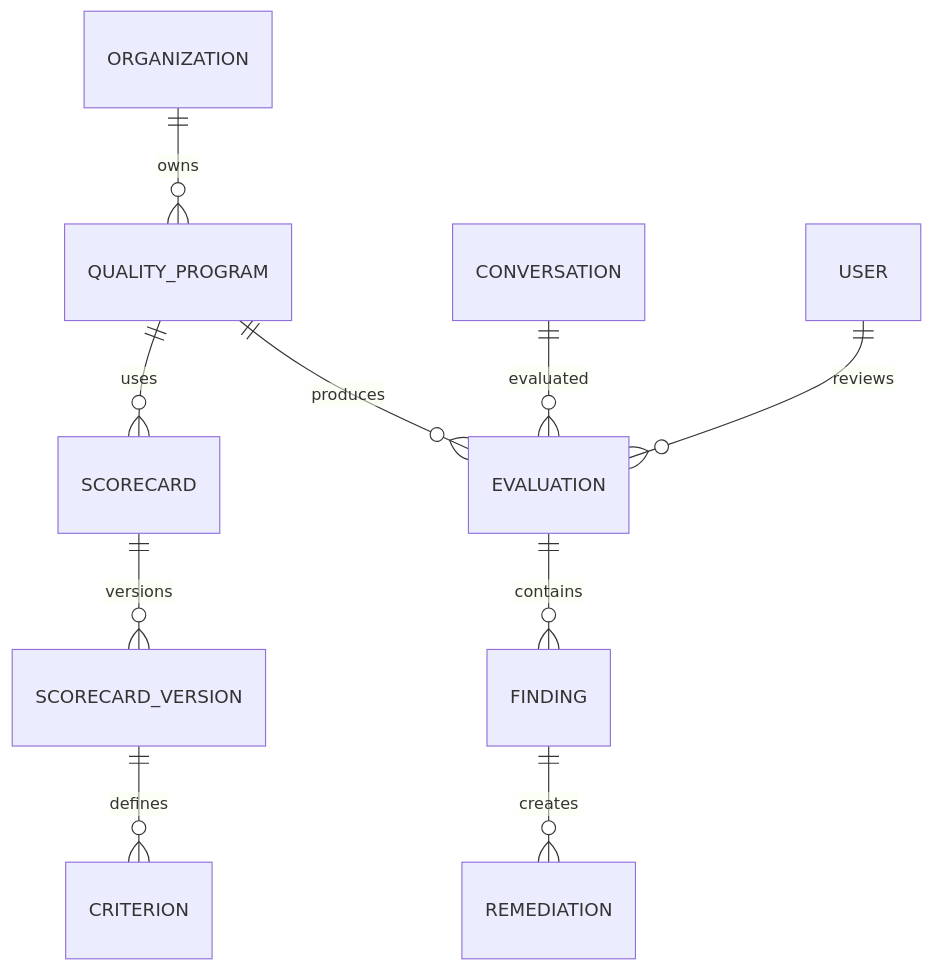
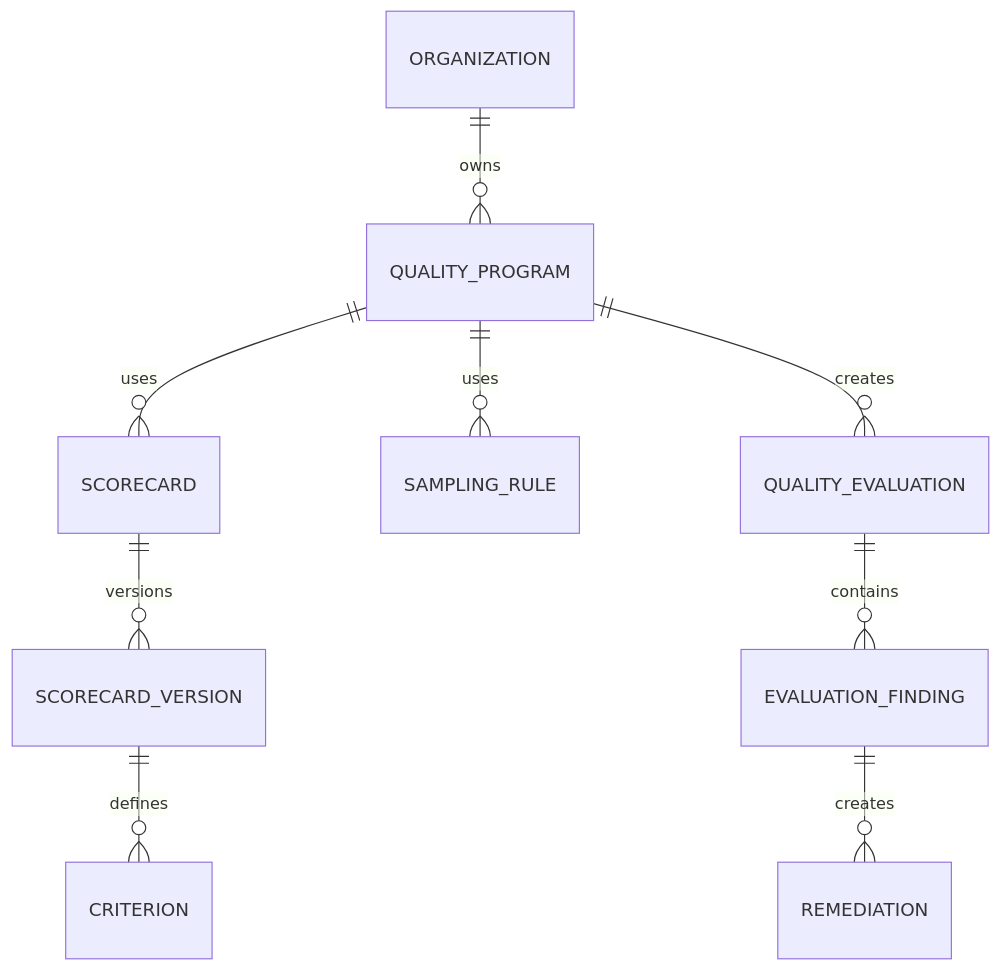
The first of 4 diagrams in docs/domain/quality.md (D-engahmed/OMILINKS), drawn with Mermaid before and after one commit. The commit also changed other lines of this file and 1 other file, not shown here.

Commit message:
docs: deepen quality and billing implementation specifications

```diff
--- a/docs/domain/quality.md
+++ b/docs/domain/quality.md
@@ -26,12 +13,11 @@
 ~~~mermaid
 erDiagram
-ORGANIZATION ||--o{ QUALITY_PROGRAM : owns
-QUALITY_PROGRAM ||--o{ SCORECARD : uses
-SCORECARD ||--o{ SCORECARD_VERSION : versions
-SCORECARD_VERSION ||--o{ CRITERION : defines
-CONVERSATION ||--o{ EVALUATION : evaluated
-QUALITY_PROGRAM ||--o{ EVALUATION : produces
-USER ||--o{ EVALUATION : reviews
-EVALUATION ||--o{ FINDING : contains
-FINDING ||--o{ REMEDIATION : creates
+    ORGANIZATION ||--o{ QUALITY_PROGRAM : owns
+    QUALITY_PROGRAM ||--o{ SCORECARD : uses
+    SCORECARD ||--o{ SCORECARD_VERSION : versions
+    SCORECARD_VERSION ||--o{ CRITERION : defines
+    QUALITY_PROGRAM ||--o{ SAMPLING_RULE : uses
+    QUALITY_PROGRAM ||--o{ QUALITY_EVALUATION : creates
+    QUALITY_EVALUATION ||--o{ EVALUATION_FINDING : contains
+    EVALUATION_FINDING ||--o{ REMEDIATION : creates
 ~~~
```
